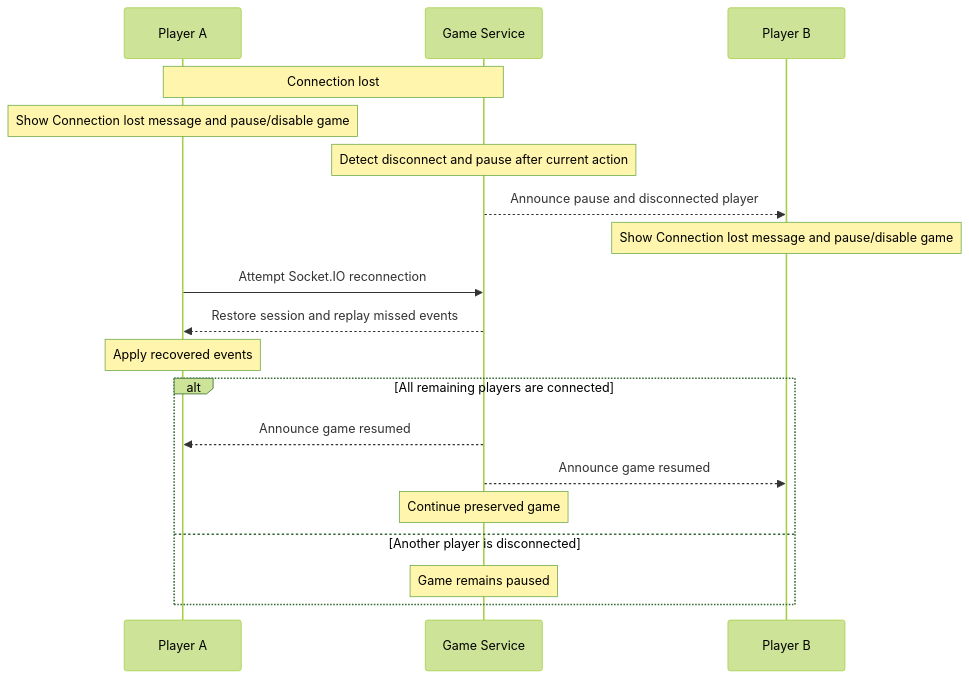
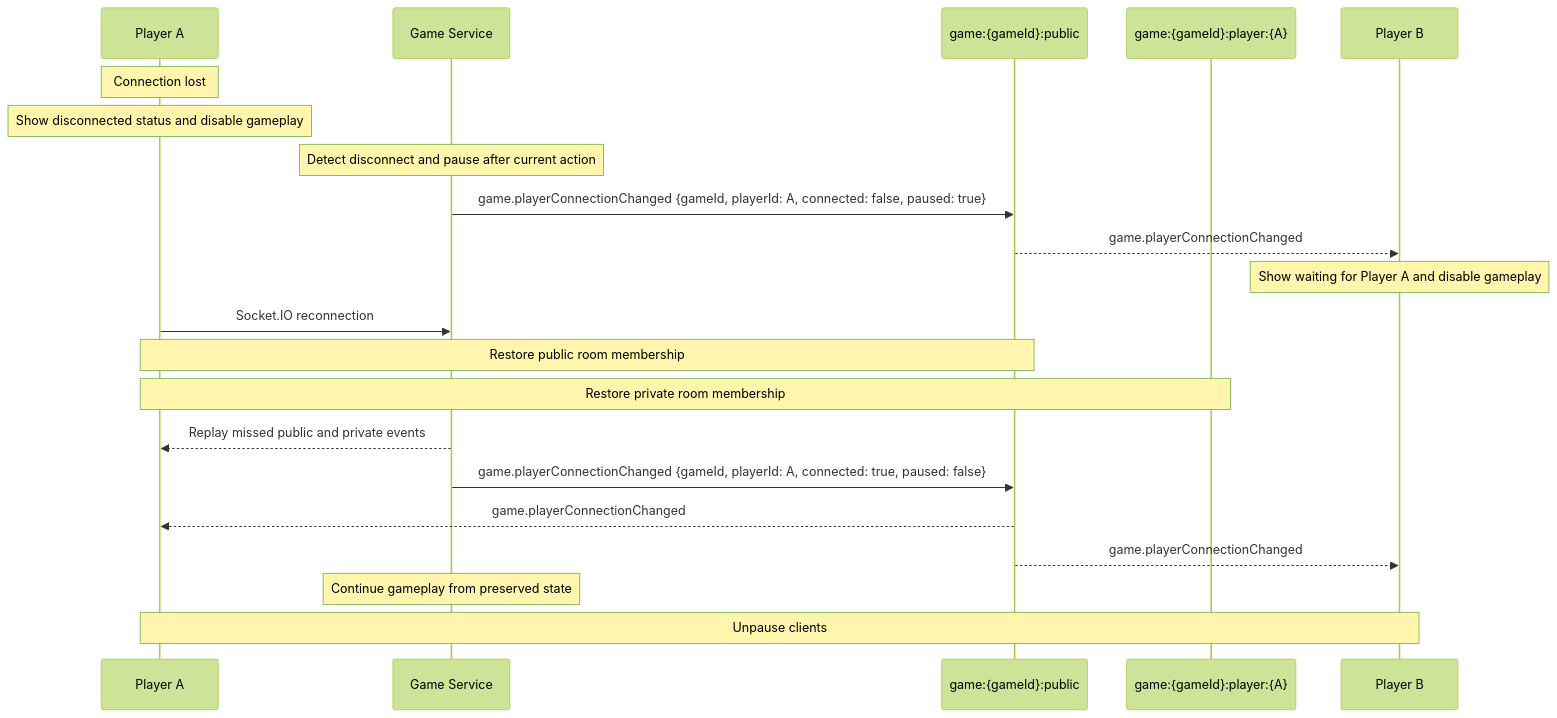
One commit to hananinas/RoboRally changed the third of 4 diagrams in docs/Communication.md. Above: the diagram before and after it, drawn with Mermaid (forest theme). The commit also changed other lines of this file, not shown here.

Commit message:
docs: update sequence diagrams with asyncapi messages

````diff
--- a/docs/Communication.md
+++ b/docs/Communication.md
@@ -222,24 +220,28 @@
 ```mermaid
 sequenceDiagram
     participant A as Player A
     participant S as Game Service
+    participant Public as game:{gameId}:public
+    participant PrivateA as game:{gameId}:player:{A}
     participant B as Player B
 
-    Note over A,S: Connection lost
-    Note over A: Show Connection lost message and pause/disable game
+    Note over A: Connection lost
+    Note over A: Show disconnected status and disable gameplay
     Note over S: Detect disconnect and pause after current action
-    S-->>B: Announce pause and disconnected player
-    Note over B:  Show Connection lost message and pause/disable game
 
-    A->>S: Attempt Socket.IO reconnection
-    S-->>A: Restore session and replay missed events
-    Note over A: Apply recovered events
+    S->>Public: game.playerConnectionChanged {gameId, playerId: A, connected: false, paused: true}
+    Public-->>B: game.playerConnectionChanged
+    Note over B: Show waiting for Player A and disable gameplay
 
-    alt All remaining players are connected
-        S-->>A: Announce game resumed
-        S-->>B: Announce game resumed
-        Note over S: Continue preserved game
-    else Another player is disconnected
-        Note over S: Game remains paused
-    end
+    A->>S: Socket.IO reconnection
+    Note over A,Public: Restore public room membership
+    Note over A,PrivateA: Restore private room membership
+    S-->>A: Replay missed public and private events
+
+    S->>Public: game.playerConnectionChanged {gameId, playerId: A, connected: true, paused: false}
+    Public-->>A: game.playerConnectionChanged
+    Public-->>B: game.playerConnectionChanged
+
+    Note over S: Continue gameplay from preserved state
+    Note over A,B: Unpause clients
 ```
````
